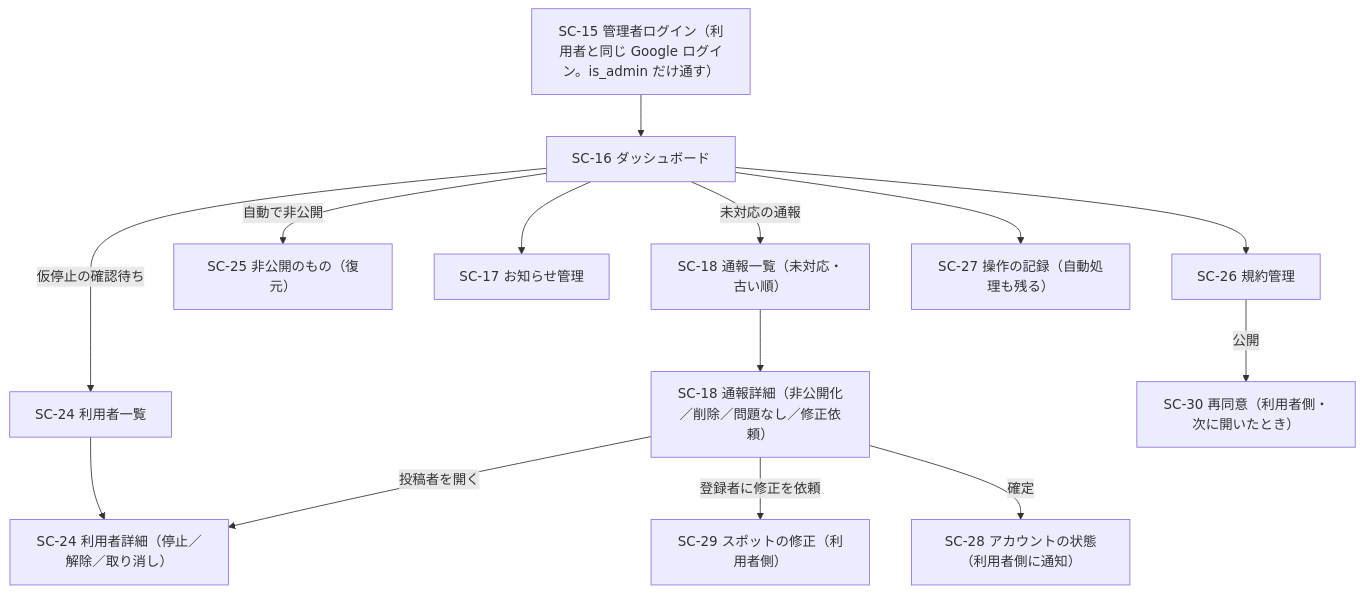
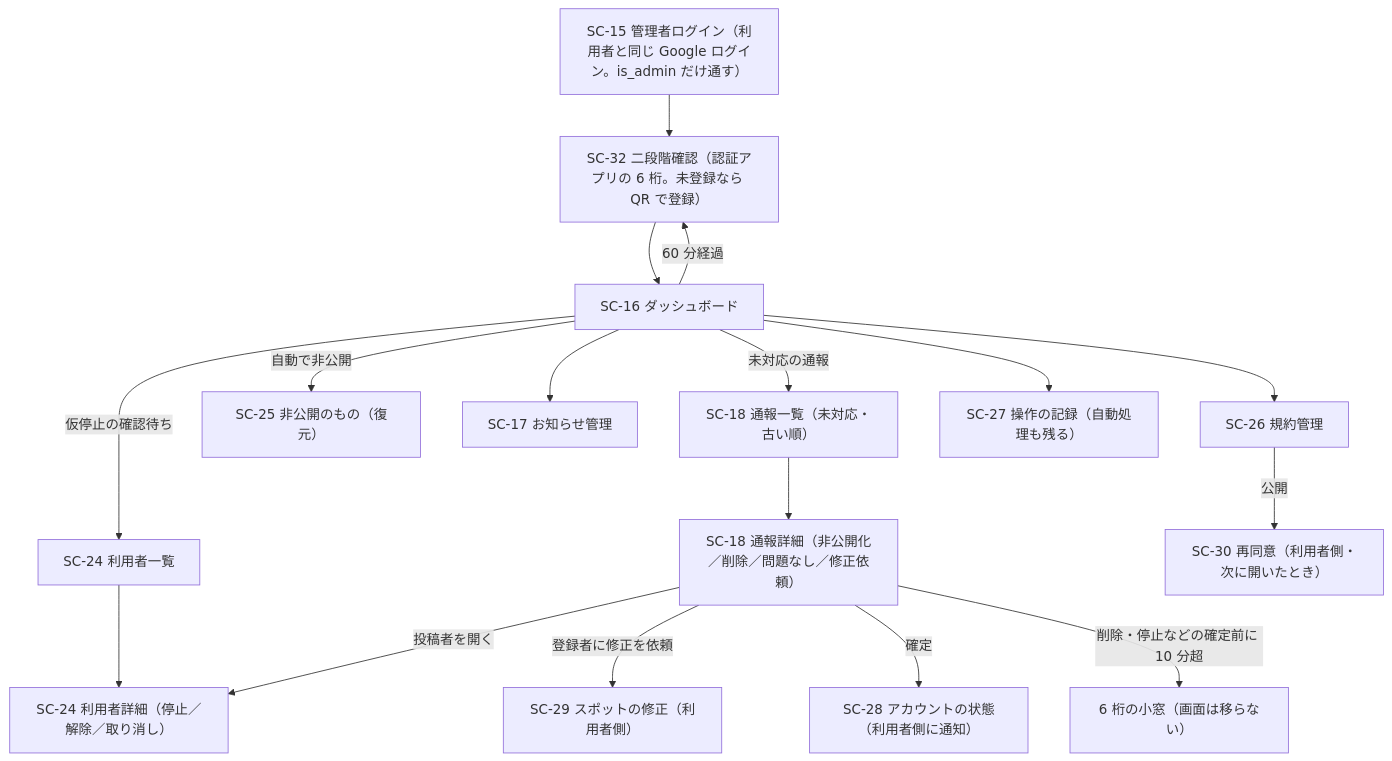
One commit to junito0814/tabikoe changed the second of 2 diagrams in docs/wireframes.md. Above: the diagram before and after it, drawn with Mermaid. The commit also changed other lines of this file and 13 other files, not shown here.

````diff
--- a/docs/wireframes.md
+++ b/docs/wireframes.md
@@ -833,13 +834,16 @@
 ```mermaid
 flowchart TD
-    AL["SC-15 管理者ログイン（利用者と同じ Google ログイン。is_admin だけ通す）"] --> AD["SC-16 ダッシュボード"]
+    AL["SC-15 管理者ログイン（利用者と同じ Google ログイン。is_admin だけ通す）"] --> MFA["SC-32 二段階確認（認証アプリの 6 桁。未登録なら QR で登録）"]
+    MFA --> AD["SC-16 ダッシュボード"]
+    AD -->|60 分経過| MFA
     AD -->|未対応の通報| RL["SC-18 通報一覧（未対応・古い順）"] --> RD["SC-18 通報詳細（非公開化／削除／問題なし／修正依頼）"]
     AD -->|自動で非公開| HI["SC-25 非公開のもの（復元）"]
     AD -->|仮停止の確認待ち| UL["SC-24 利用者一覧"] --> UD["SC-24 利用者詳細（停止／解除／取り消し）"]
     RD -->|投稿者を開く| UD
     RD -->|登録者に修正を依頼| FIX["SC-29 スポットの修正（利用者側）"]
     RD -->|確定| ST["SC-28 アカウントの状態（利用者側に通知）"]
     AD --> AN["SC-17 お知らせ管理"]
     AD --> LG["SC-26 規約管理"] -->|公開| RC["SC-30 再同意（利用者側・次に開いたとき）"]
     AD --> LOG["SC-27 操作の記録（自動処理も残る）"]
+    RD -->|削除・停止などの確定前に 10 分超| MFA2["6 桁の小窓（画面は移らない）"]
 ```
````
